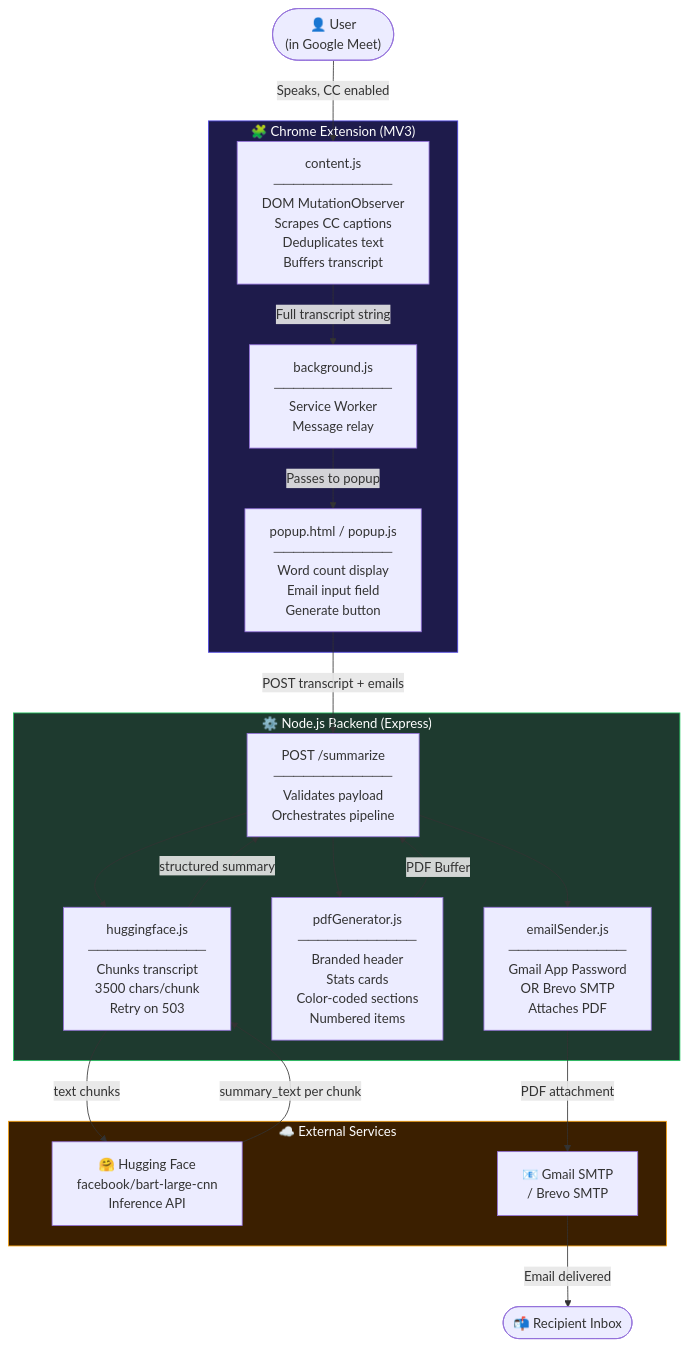
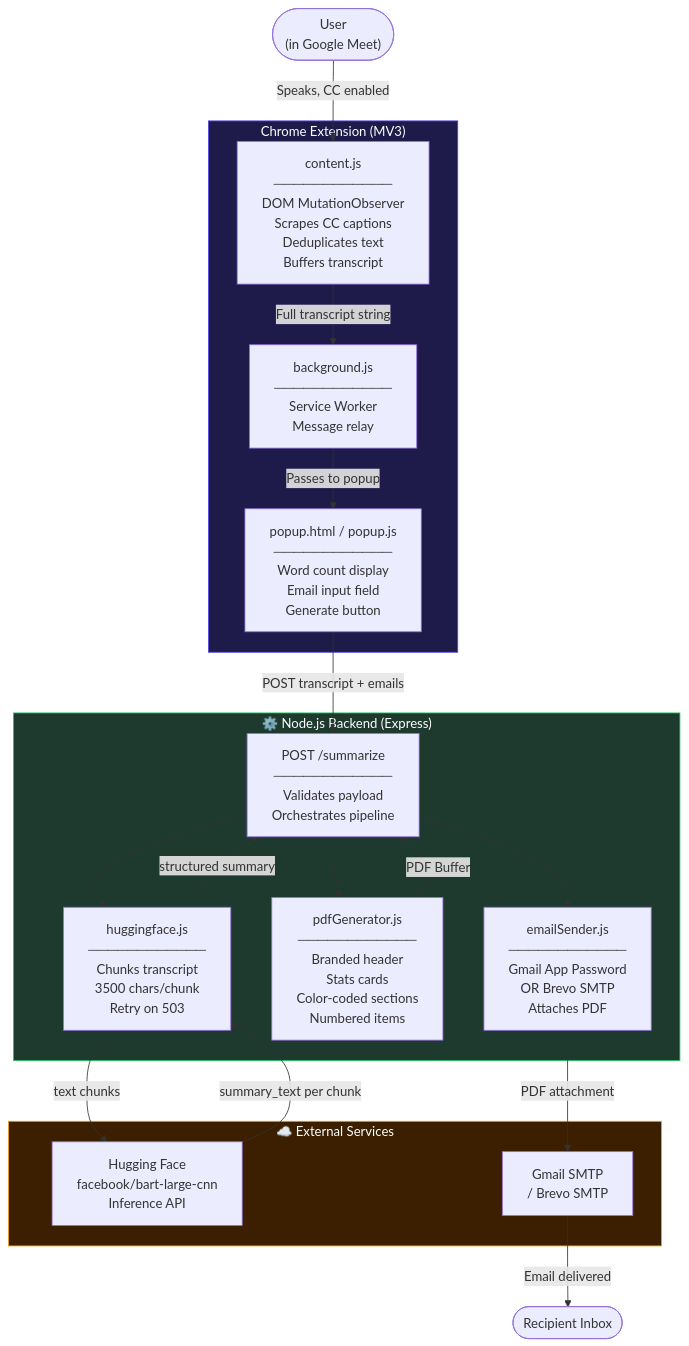
The diagram in README.md (pranshulgupta33940/ai-meeting-extension), drawn with Mermaid before and after one commit. The commit also changed other lines of this file, not shown here.

````diff
--- a/README.md
+++ b/README.md
@@ -32,38 +32,38 @@
 ```mermaid
 flowchart TD
-    subgraph EXT["🧩 Chrome Extension (MV3)"]
+    subgraph EXT[" Chrome Extension (MV3)"]
         A["content.js\n────────────\nDOM MutationObserver\nScrapes CC captions\nDeduplicates text\nBuffers transcript"]
         B["background.js\n────────────\nService Worker\nMessage relay"]
         C["popup.html / popup.js\n────────────\nWord count display\nEmail input field\nGenerate button"]
     end
 
     subgraph BACKEND["⚙️ Node.js Backend (Express)"]
         D["POST /summarize\n────────────\nValidates payload\nOrchestrates pipeline"]
         E["huggingface.js\n────────────\nChunks transcript\n3500 chars/chunk\nRetry on 503"]
         F["pdfGenerator.js\n────────────\nBranded header\nStats cards\nColor-coded sections\nNumbered items"]
         G["emailSender.js\n────────────\nGmail App Password\nOR Brevo SMTP\nAttaches PDF"]
     end
 
     subgraph EXTERNAL["☁️ External Services"]
-        H["🤗 Hugging Face\nfacebook/bart-large-cnn\nInference API"]
-        I["📧 Gmail SMTP\n/ Brevo SMTP"]
+        H[" Hugging Face\nfacebook/bart-large-cnn\nInference API"]
+        I[" Gmail SMTP\n/ Brevo SMTP"]
     end
 
-    USER(["👤 User\n(in Google Meet)"]) -->|Speaks, CC enabled| A
+    USER([" User\n(in Google Meet)"]) -->|Speaks, CC enabled| A
     A -->|Full transcript string| B
     B -->|Passes to popup| C
     C -->|POST transcript + emails| D
     D --> E
     E -->|text chunks| H
     H -->|summary_text per chunk| E
     E -->|structured summary| D
     D --> F
     F -->|PDF Buffer| D
     D --> G
     G -->|PDF attachment| I
-    I -->|Email delivered| INBOX(["📬 Recipient Inbox"])
+    I -->|Email delivered| INBOX([" Recipient Inbox"])
 
     style EXT fill:#1E1B4B,color:#fff,stroke:#4F46E5
     style BACKEND fill:#1E3A2F,color:#fff,stroke:#22C55E
     style EXTERNAL fill:#3B1F00,color:#fff,stroke:#F59E0B
 ```
````
